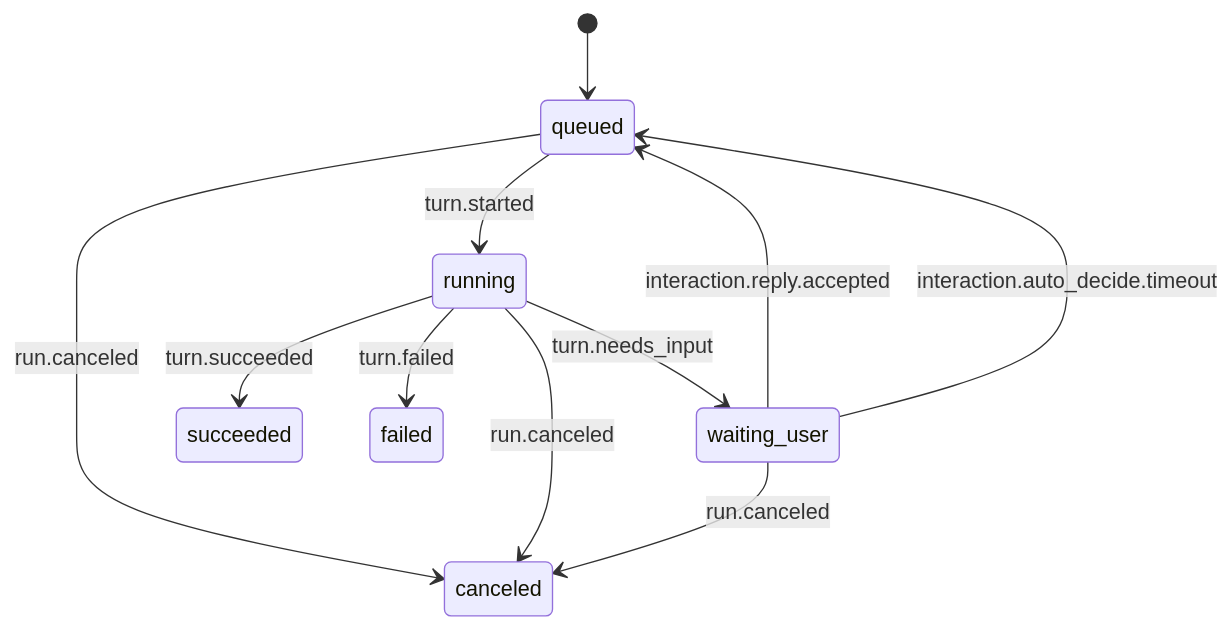
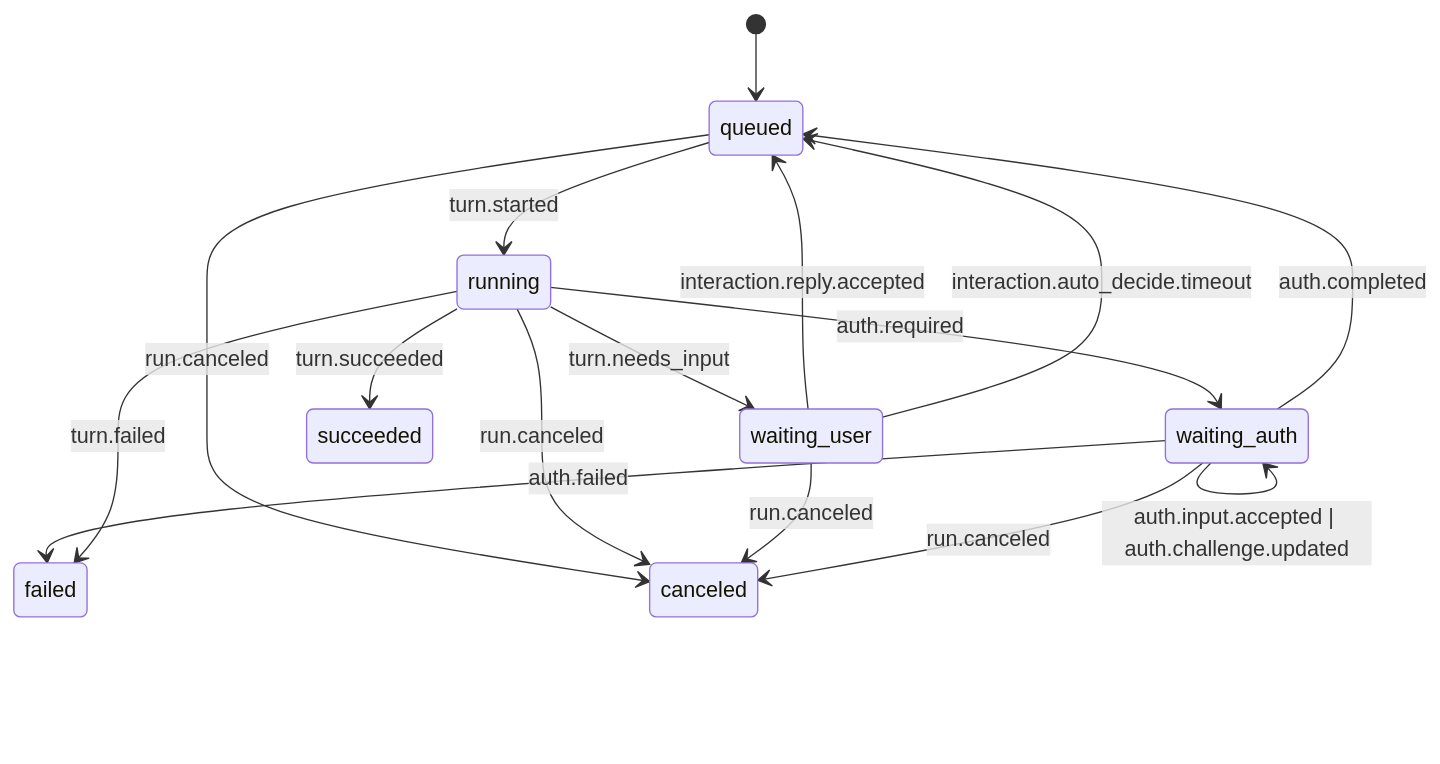
Before and after one commit to leike0813/Skill-Runner: the first of 5 diagrams in docs/session_runtime_statechart_ssot.md, drawn with Mermaid. The commit also changed other lines of this file and 459 other files, not shown here.

````diff
--- a/docs/session_runtime_statechart_ssot.md
+++ b/docs/session_runtime_statechart_ssot.md
@@ -13,13 +15,18 @@
 ```mermaid
 stateDiagram-v2
     [*] --> queued
     queued --> running: turn.started
     running --> waiting_user: turn.needs_input
+    running --> waiting_auth: auth.required
     waiting_user --> queued: interaction.reply.accepted
     waiting_user --> queued: interaction.auto_decide.timeout
+    waiting_auth --> waiting_auth: auth.input.accepted | auth.challenge.updated
+    waiting_auth --> queued: auth.completed
+    waiting_auth --> failed: auth.failed
     running --> succeeded: turn.succeeded
     running --> failed: turn.failed
     queued --> canceled: run.canceled
     running --> canceled: run.canceled
     waiting_user --> canceled: run.canceled
+    waiting_auth --> canceled: run.canceled
 ```
````
